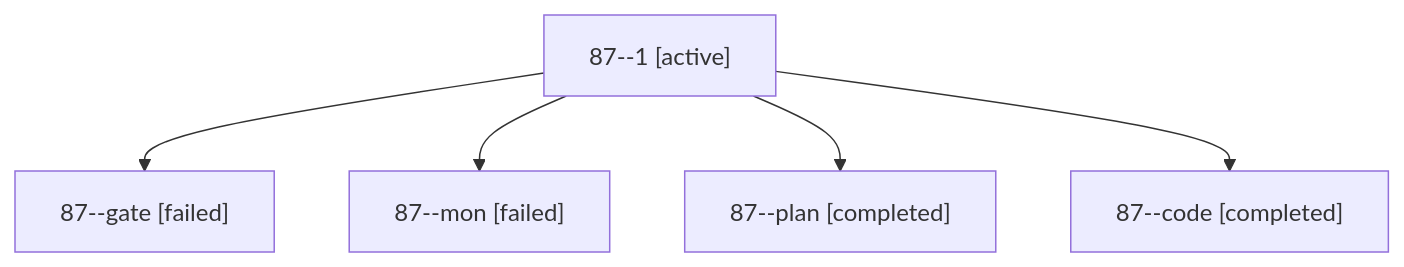
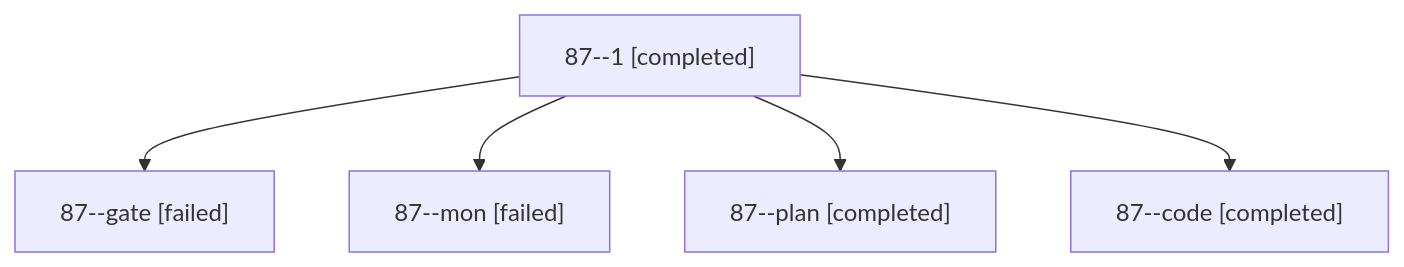
One commit to sase-org/sase--agents changed the diagram in sessions/bbugyi200.apollo.87.md. Above: the diagram before and after it, drawn with Mermaid. The commit also changed other lines of this file and 10 other files, not shown here.

````diff
--- a/sessions/bbugyi200.apollo.87.md
+++ b/sessions/bbugyi200.apollo.87.md
@@ -9,12 +9,12 @@
 ```mermaid
 flowchart TD
-  n0["87--1 [active]"]
+  n0["87--1 [completed]"]
   n1["87--gate [failed]"]
   n0 --> n1
   n2["87--mon [failed]"]
   n0 --> n2
   n3["87--plan [completed]"]
   n0 --> n3
   n4["87--code [completed]"]
   n0 --> n4
 ```
````
